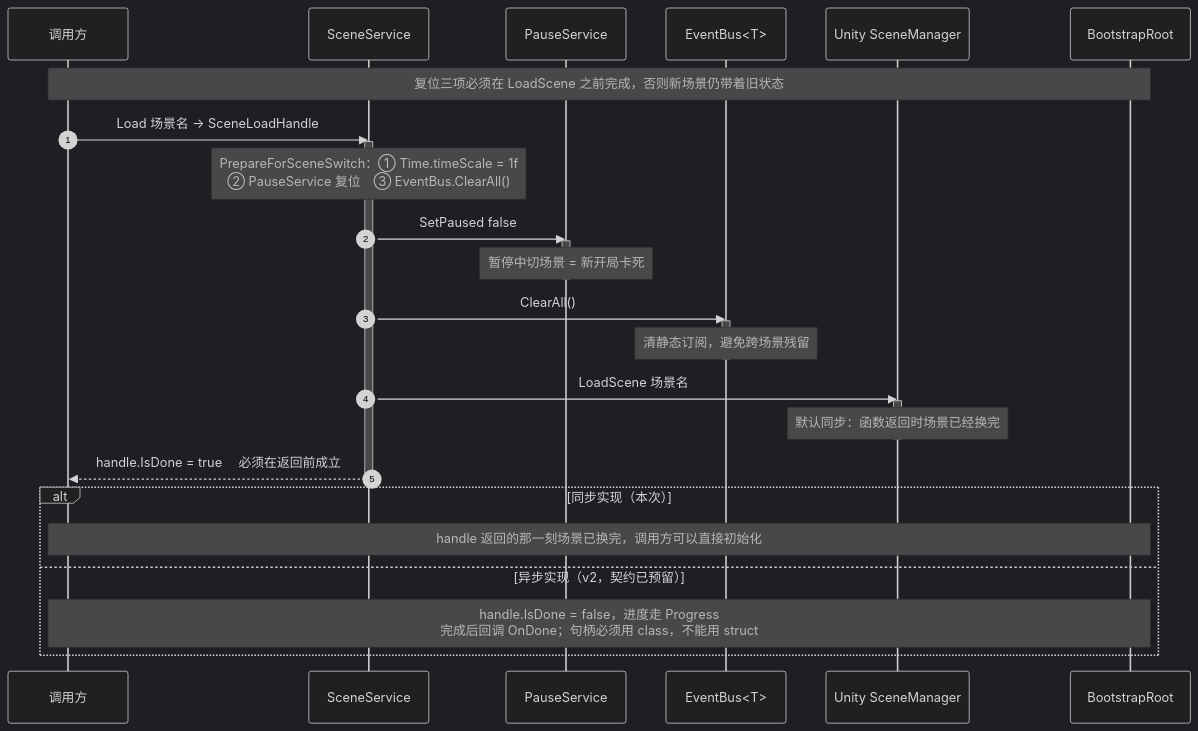
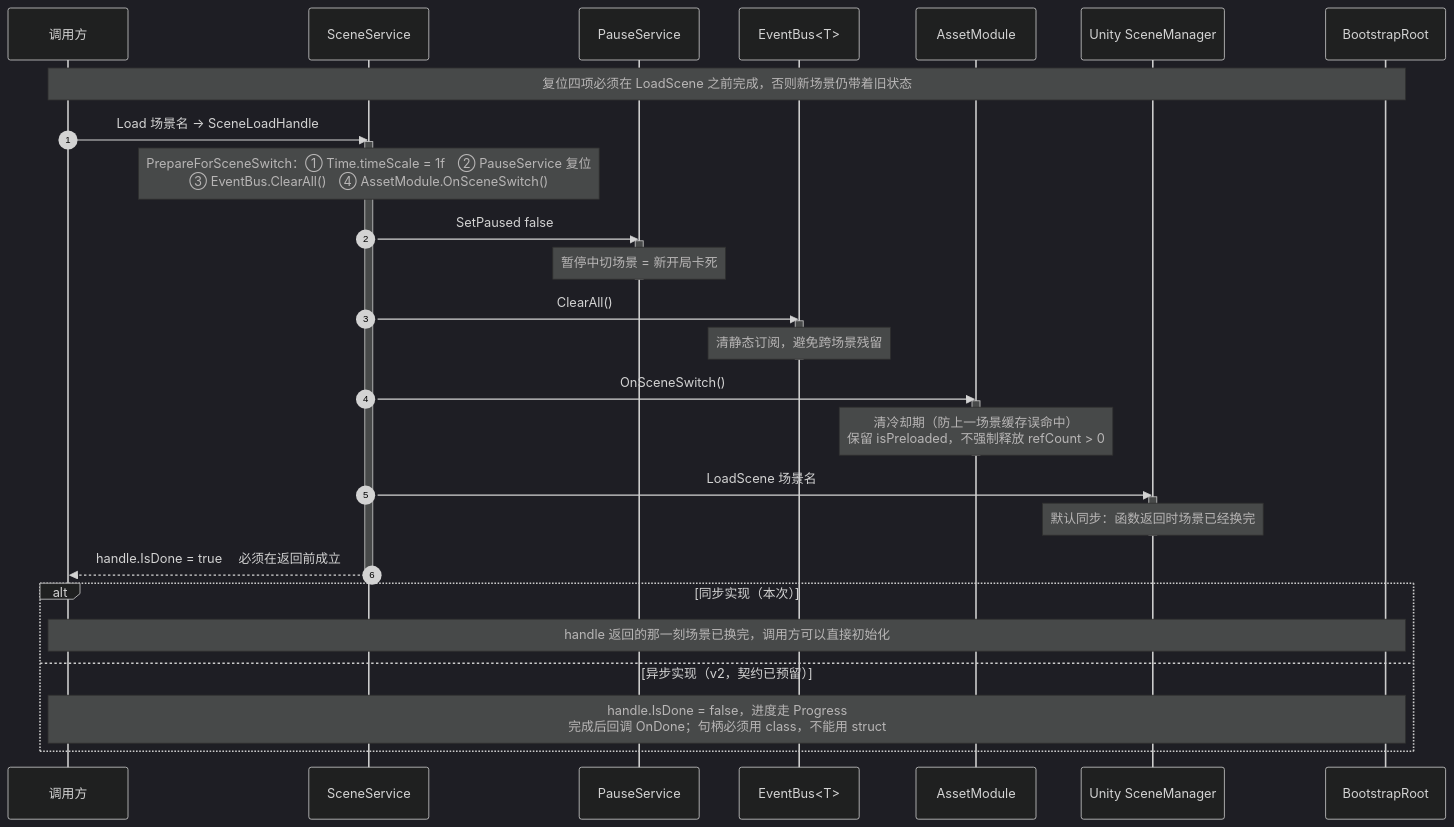
The sixth of 8 diagrams in Docs/框架设计/框架蓝图.md (5FYZhou/deepseaoil), drawn with Mermaid (dark theme) before and after one commit. The commit also changed other lines of this file and 7 other files, not shown here.

First line of the commit message:
docs(framework): 蓝图并入 Data 层与总览，重写程序集/目录节

````diff
--- a/Docs/框架设计/框架蓝图.md
+++ b/Docs/框架设计/框架蓝图.md
@@ -220,36 +463,41 @@
 ```mermaid
 sequenceDiagram
   autonumber
   participant Caller as 调用方
   participant Scene as SceneService
   participant Pause as PauseService
   participant Bus as EventBus<T>
+  participant Asset as AssetModule
   participant SM as Unity SceneManager
   participant Root as BootstrapRoot
 
-  Note over Caller,Root: 复位三项必须在 LoadScene 之前完成，否则新场景仍带着旧状态
+  Note over Caller,Root: 复位四项必须在 LoadScene 之前完成，否则新场景仍带着旧状态
 
   Caller->>Scene: Load 场景名 → SceneLoadHandle
   activate Scene
-  Note over Scene: PrepareForSceneSwitch：① Time.timeScale = 1f<br/>② PauseService 复位　③ EventBus.ClearAll()
+  Note over Scene: PrepareForSceneSwitch：① Time.timeScale = 1f　② PauseService 复位<br/>③ EventBus.ClearAll()　④ AssetModule.OnSceneSwitch()
   Scene->>Pause: SetPaused false
   activate Pause
   Note over Pause: 暂停中切场景 = 新开局卡死
   deactivate Pause
   Scene->>Bus: ClearAll()
   activate Bus
   Note over Bus: 清静态订阅，避免跨场景残留
   deactivate Bus
+  Scene->>Asset: OnSceneSwitch()
+  activate Asset
+  Note over Asset: 清冷却期（防上一场景缓存误命中）<br/>保留 isPreloaded，不强制释放 refCount > 0
+  deactivate Asset
   Scene->>SM: LoadScene 场景名
   activate SM
   Note over SM: 默认同步：函数返回时场景已经换完
   deactivate SM
   Scene-->>Caller: handle.IsDone = true 　必须在返回前成立
   deactivate Scene
 
   alt 同步实现（本次）
     Note over Caller,Root: handle 返回的那一刻场景已换完，调用方可以直接初始化
   else 异步实现（v2，契约已预留）
     Note over Caller,Root: handle.IsDone = false，进度走 Progress<br/>完成后回调 OnDone；句柄必须用 class，不能用 struct
   end
 ```
````
